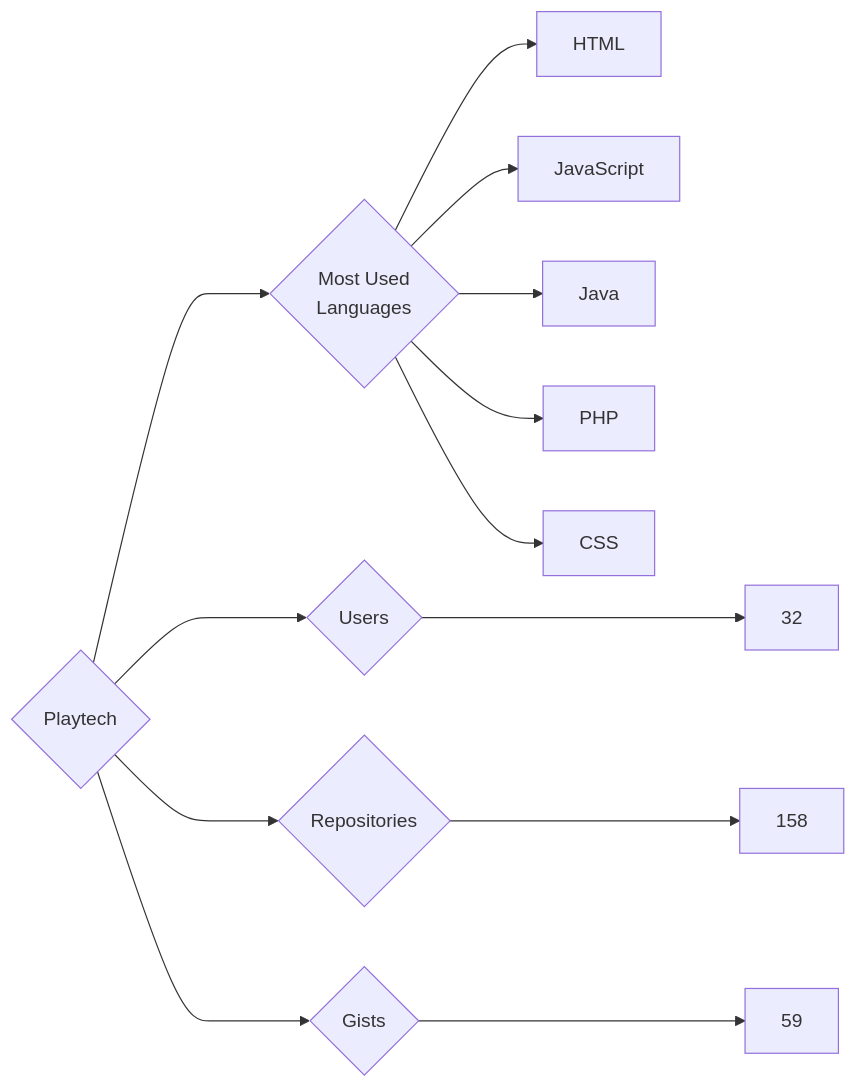
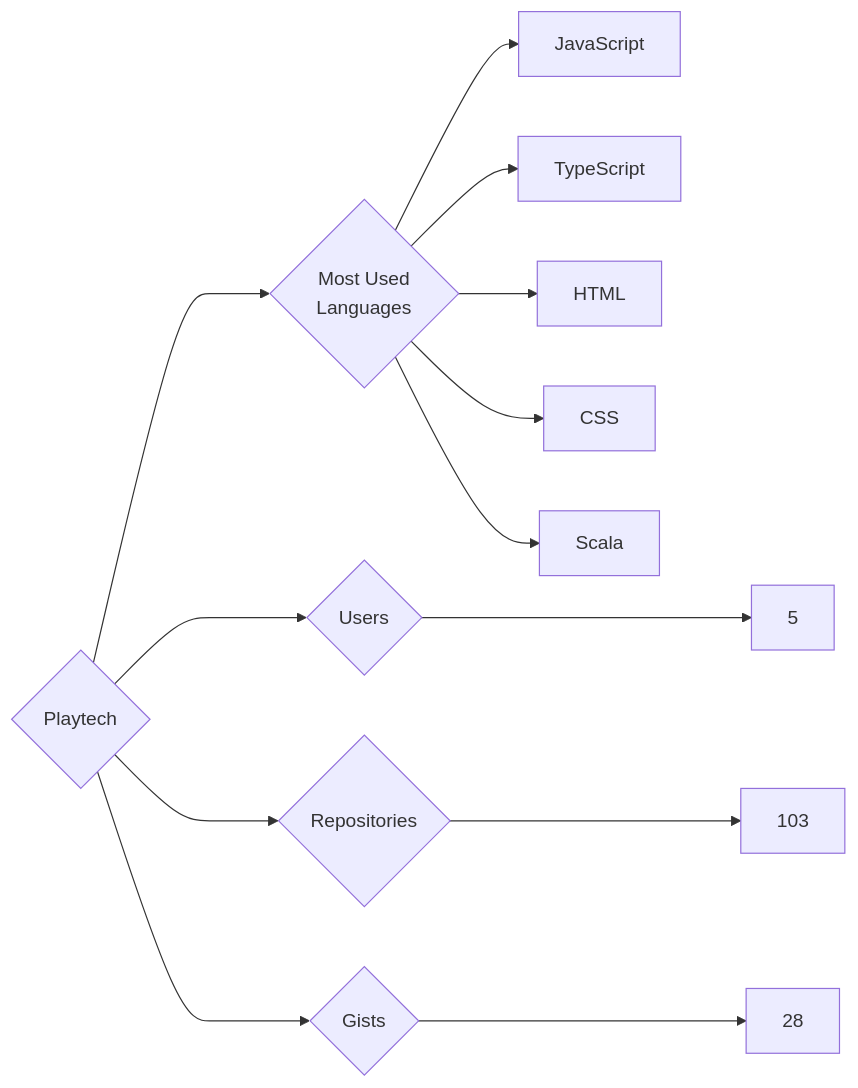
The diagram in targets/Playtech/README.md (trickest/insiders), drawn with Mermaid before and after one commit. The commit also changed 877 other files, not shown here.

````diff
--- a/targets/Playtech/README.md
+++ b/targets/Playtech/README.md
@@ -3,13 +3,13 @@
 ```mermaid
 graph LR
 COMPANY_NAME{Playtech}
-COMPANY_NAME ---> U{Users} ---> UN[32]
-COMPANY_NAME ---> R{Repositories} ---> RN[158]
-COMPANY_NAME ---> G{Gists} ---> GN[59]
+COMPANY_NAME ---> U{Users} ---> UN[5]
+COMPANY_NAME ---> R{Repositories} ---> RN[103]
+COMPANY_NAME ---> G{Gists} ---> GN[28]
 COMPANY_NAME ---> ML{Most Used<br>Languages}
+ML --> JavaScript[JavaScript]
+ML --> TypeScript[TypeScript]
 ML --> HTML[HTML]
-ML --> JavaScript[JavaScript]
-ML --> Java[Java]
-ML --> PHP[PHP]
 ML --> CSS[CSS]
+ML --> Scala[Scala]
 ```
````
